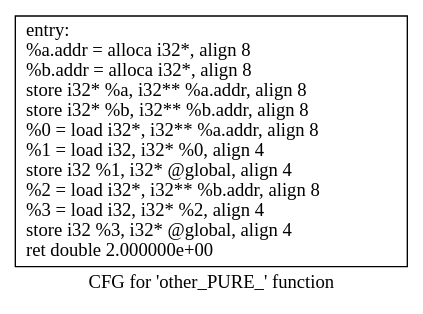
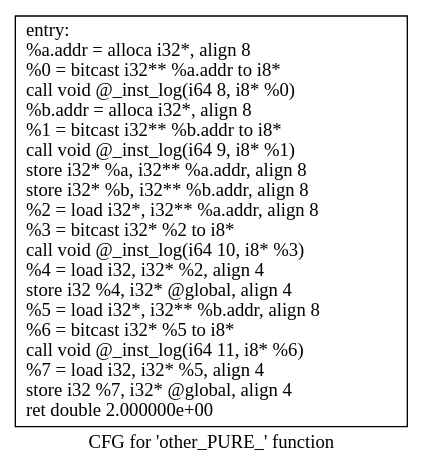
The diagram in 583simple/.other_PURE_.dot (mattqemo/eecs583fp), drawn with Graphviz before and after one commit. The commit also changed 17 other files, not shown here.

```diff
--- a/583simple/.other_PURE_.dot
+++ b/583simple/.other_PURE_.dot
@@ -1,5 +1,5 @@
 digraph "CFG for 'other_PURE_' function" {
 	label="CFG for 'other_PURE_' function";
 
-	Node0x55b8c4fe2780 [shape=record,label="{entry:\l  %a.addr = alloca i32*, align 8\l  %b.addr = alloca i32*, align 8\l  store i32* %a, i32** %a.addr, align 8\l  store i32* %b, i32** %b.addr, align 8\l  %0 = load i32*, i32** %a.addr, align 8\l  %1 = load i32, i32* %0, align 4\l  store i32 %1, i32* @global, align 4\l  %2 = load i32*, i32** %b.addr, align 8\l  %3 = load i32, i32* %2, align 4\l  store i32 %3, i32* @global, align 4\l  ret double 2.000000e+00\l}"];
+	Node0x55da294df800 [shape=record,label="{entry:\l  %a.addr = alloca i32*, align 8\l  %0 = bitcast i32** %a.addr to i8*\l  call void @_inst_log(i64 8, i8* %0)\l  %b.addr = alloca i32*, align 8\l  %1 = bitcast i32** %b.addr to i8*\l  call void @_inst_log(i64 9, i8* %1)\l  store i32* %a, i32** %a.addr, align 8\l  store i32* %b, i32** %b.addr, align 8\l  %2 = load i32*, i32** %a.addr, align 8\l  %3 = bitcast i32* %2 to i8*\l  call void @_inst_log(i64 10, i8* %3)\l  %4 = load i32, i32* %2, align 4\l  store i32 %4, i32* @global, align 4\l  %5 = load i32*, i32** %b.addr, align 8\l  %6 = bitcast i32* %5 to i8*\l  call void @_inst_log(i64 11, i8* %6)\l  %7 = load i32, i32* %5, align 4\l  store i32 %7, i32* @global, align 4\l  ret double 2.000000e+00\l}"];
 }
```
